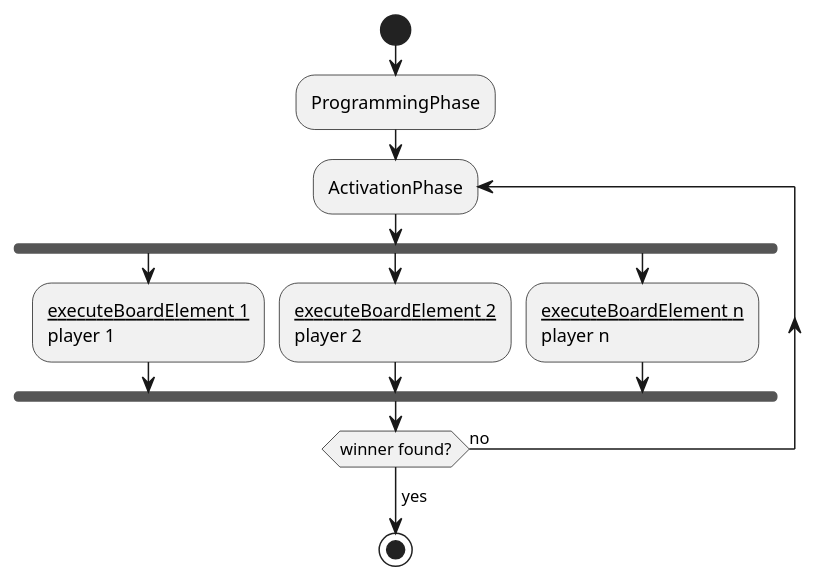
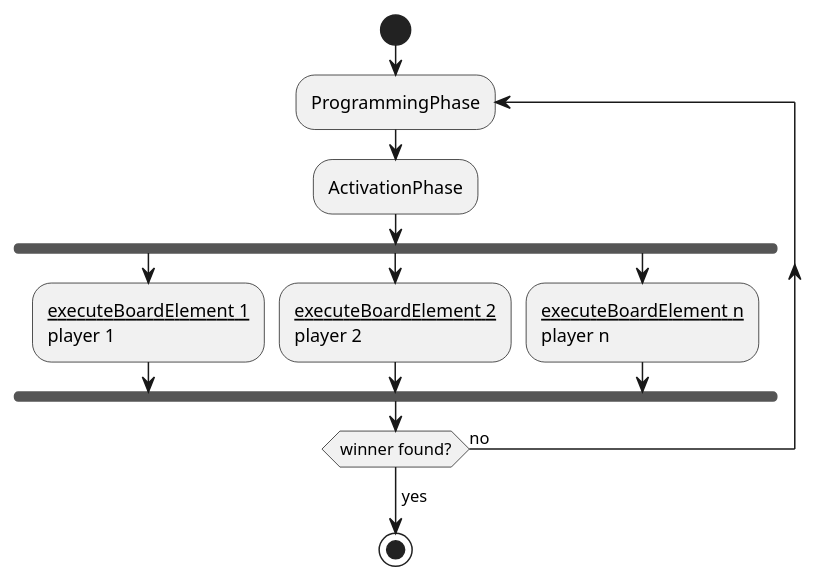
Before and after one commit to Mathiasw01/G.16RoborallyV1.1: the diagram in src/UML/StateV2.puml, drawn with PlantUML.

Commit message:
State diagram V2

```diff
--- a/src/UML/StateV2.puml
+++ b/src/UML/StateV2.puml
@@ -1,20 +1,20 @@
 @startuml
 'https://plantuml.com/state-diagram
 start
-:ProgrammingPhase;
-repeat :ActivationPhase;
+repeat :ProgrammingPhase;
+:ActivationPhase;
 fork
 :__executeBoardElement 1__
 player 1;
 fork again
 :__executeBoardElement 2__
 player 2;
 fork again
 :__executeBoardElement n__
 player n;
 end fork
 repeat while (winner found?) is (no)
 -> yes;
 stop
 
 @enduml
```
